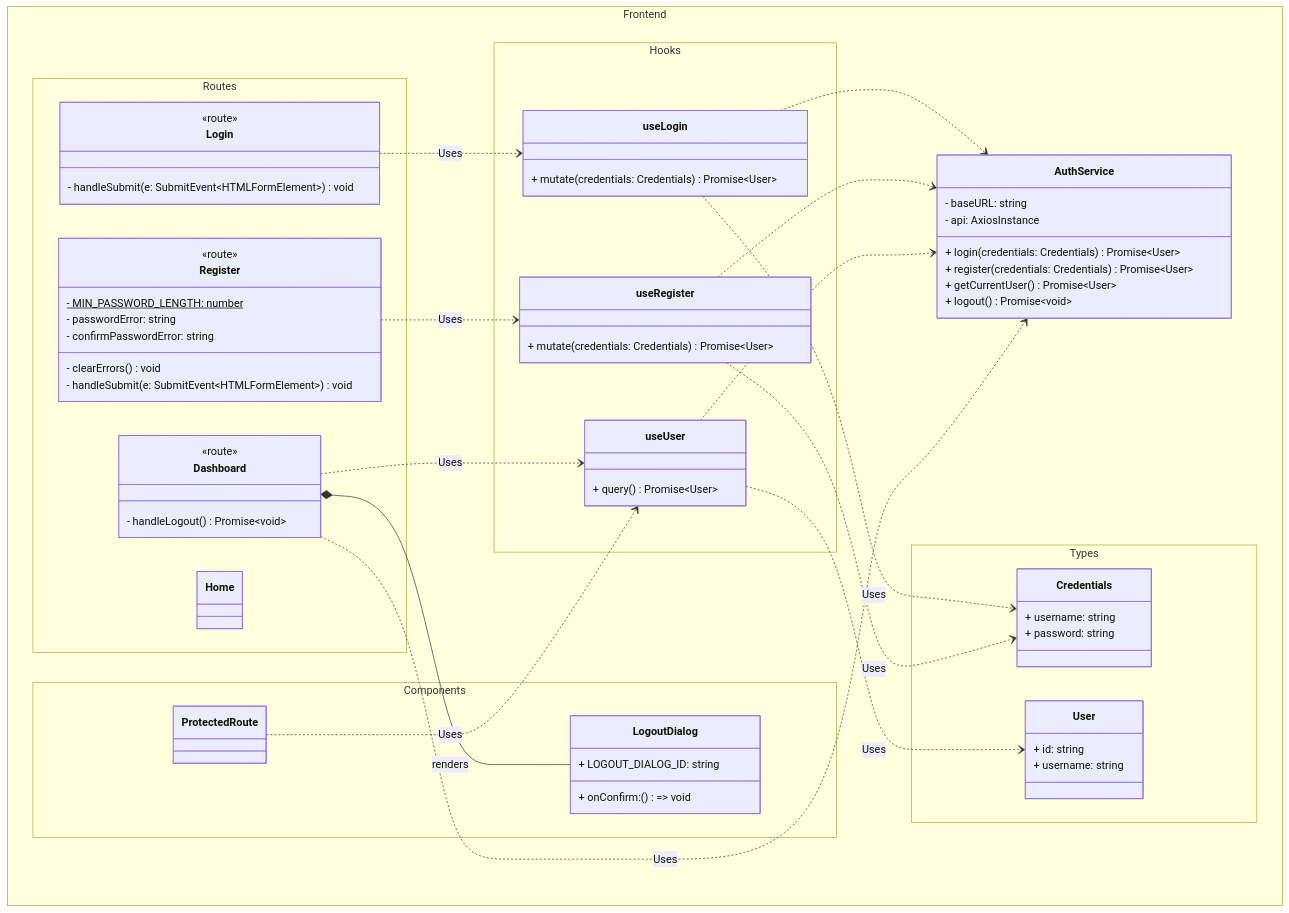
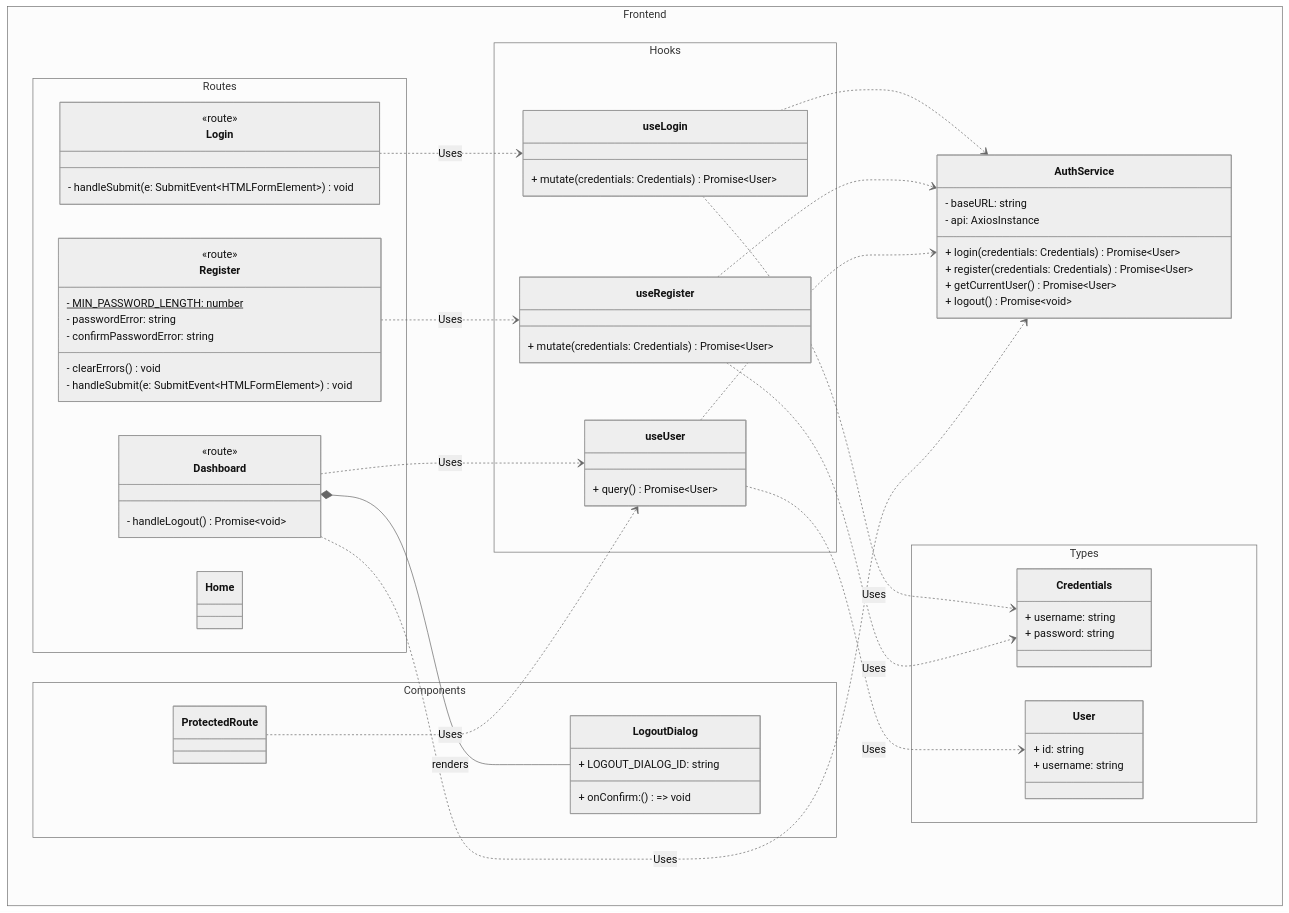
The diagram in README.md (jannikwk/login-token-authentication), drawn with Mermaid before and after one commit.

````diff
--- a/README.md
+++ b/README.md
@@ -15,4 +15,5 @@
 ```mermaid
+%%{init: {'theme': 'neutral'}}%%
 classDiagram-v2
     direction TB
 
````
